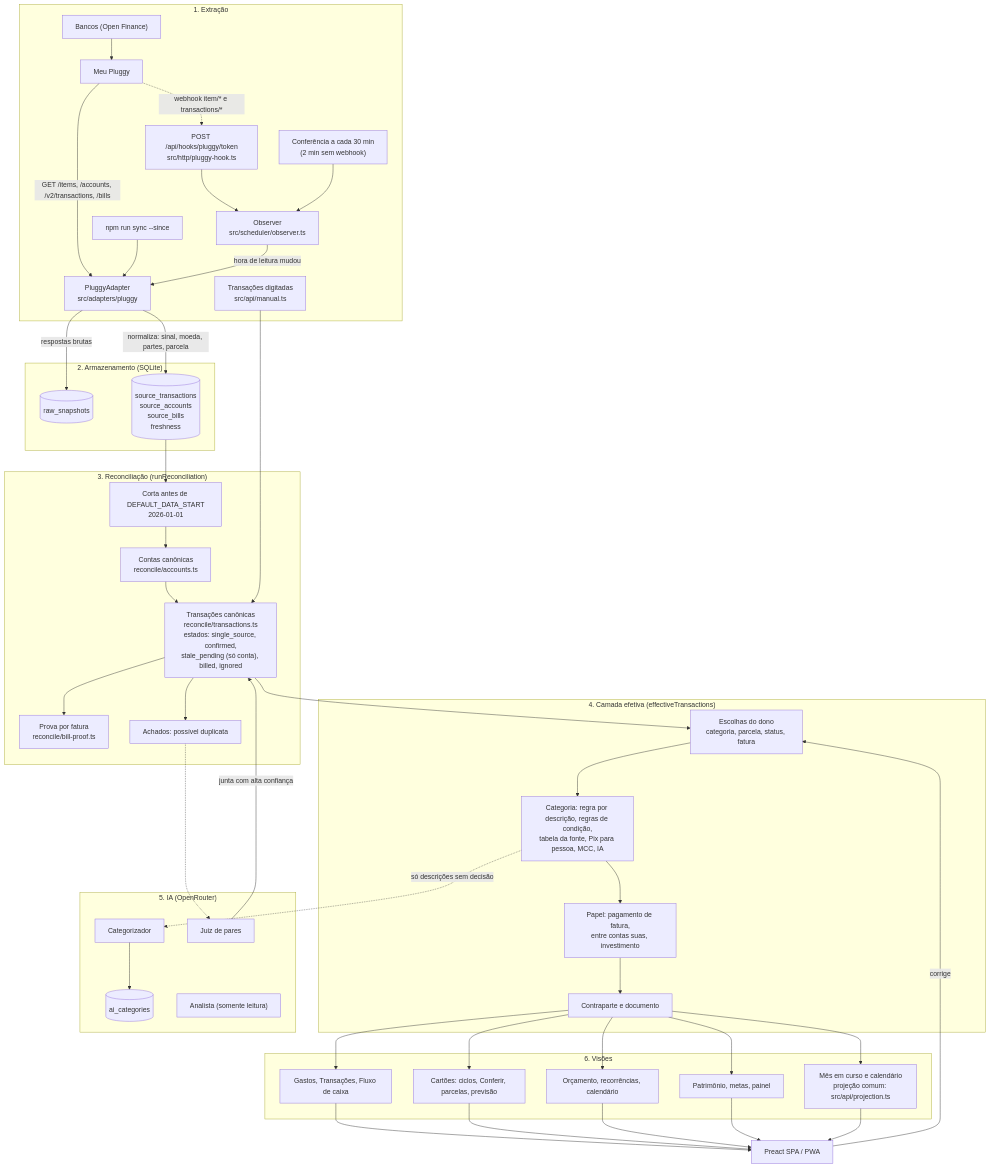
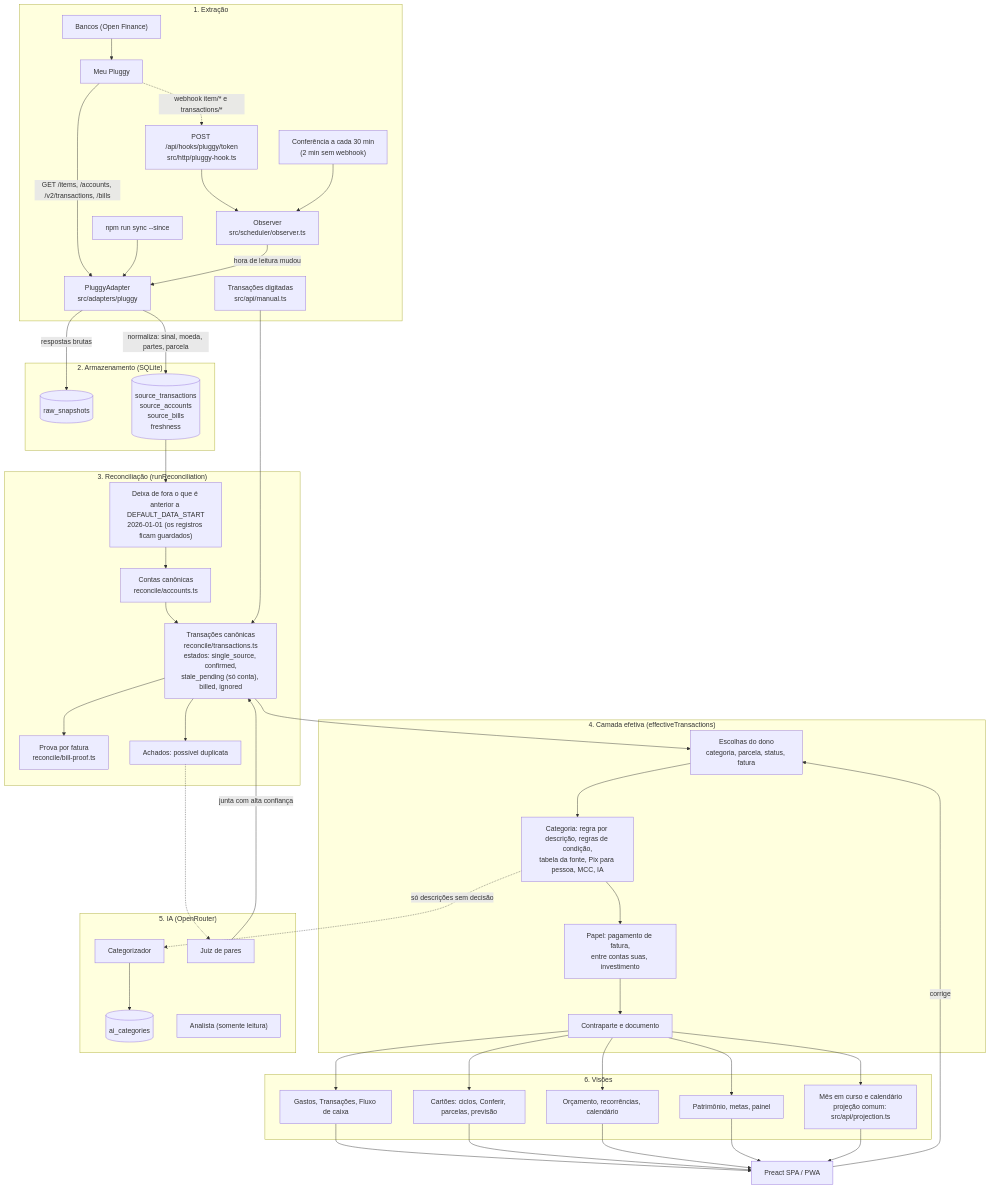
One commit to franklinclf/gata-molhada-finance changed the first of 4 diagrams in docs/data-flow.md. Above: the diagram before and after it, drawn with Mermaid. The commit also changed other lines of this file and 12 other files, not shown here.

Commit message:
fix: registros de antes de 2026 deixam de ser apagados e compras pendentes de fatura fechada contam como lançadas

````diff
--- a/docs/data-flow.md
+++ b/docs/data-flow.md
@@ -7,53 +7,53 @@
 ```mermaid
 flowchart TD
   subgraph SRC["1. Extração"]
     BANK["Bancos (Open Finance)"] --> MP["Meu Pluggy"]
     MP -->|"GET /items, /accounts, /v2/transactions, /bills"| AD["PluggyAdapter<br/>src/adapters/pluggy"]
     MP -. "webhook item/* e transactions/*" .-> HOOK["POST /api/hooks/pluggy/token<br/>src/http/pluggy-hook.ts"]
     HOOK --> OBS["Observer<br/>src/scheduler/observer.ts"]
     POLL["Conferência a cada 30 min<br/>(2 min sem webhook)"] --> OBS
     CLI["npm run sync --since"] --> AD
     OBS -->|"hora de leitura mudou"| AD
     MANUAL["Transações digitadas<br/>src/api/manual.ts"]
   end
 
   subgraph STORE["2. Armazenamento (SQLite)"]
     AD -->|"respostas brutas"| RAW[("raw_snapshots")]
     AD -->|"normaliza: sinal, moeda, partes, parcela"| ST[("source_transactions<br/>source_accounts<br/>source_bills<br/>freshness")]
   end
 
   subgraph REC["3. Reconciliação (runReconciliation)"]
-    ST --> TRIM["Corta antes de DEFAULT_DATA_START<br/>2026-01-01"]
+    ST --> TRIM["Deixa de fora o que é anterior a DEFAULT_DATA_START<br/>2026-01-01 (os registros ficam guardados)"]
     TRIM --> ACC["Contas canônicas<br/>reconcile/accounts.ts"]
     ACC --> TX["Transações canônicas<br/>reconcile/transactions.ts<br/>estados: single_source, confirmed,<br/>stale_pending (só conta), billed, ignored"]
     TX --> PROOF["Prova por fatura<br/>reconcile/bill-proof.ts"]
     TX --> FIND["Achados: possível duplicata"]
   end
 
   subgraph EFF["4. Camada efetiva (effectiveTransactions)"]
     TX --> E1["Escolhas do dono<br/>categoria, parcela, status, fatura"]
     E1 --> E2["Categoria: regra por descrição, regras de condição,<br/>tabela da fonte, Pix para pessoa, MCC, IA"]
     E2 --> E3["Papel: pagamento de fatura,<br/>entre contas suas, investimento"]
     E3 --> E4["Contraparte e documento"]
   end
 
   subgraph AI["5. IA (OpenRouter)"]
     E2 -.->|"só descrições sem decisão"| CAT["Categorizador"]
     FIND -.-> MAT["Juiz de pares"]
     CAT --> AICAT[("ai_categories")]
     MAT -->|"junta com alta confiança"| TX
     CHAT["Analista (somente leitura)"]
   end
 
   subgraph VIEWS["6. Visões"]
     E4 --> V1["Gastos, Transações, Fluxo de caixa"]
     E4 --> V2["Cartões: ciclos, Conferir, parcelas, previsão"]
     E4 --> V3["Orçamento, recorrências, calendário"]
     E4 --> V4["Patrimônio, metas, painel"]
     E4 --> V5["Mês em curso e calendário<br/>projeção comum: src/api/projection.ts"]
   end
 
   MANUAL --> TX
   V1 & V2 & V3 & V4 & V5 --> WEB["Preact SPA / PWA"]
   WEB -->|"corrige"| E1
 ```
````
